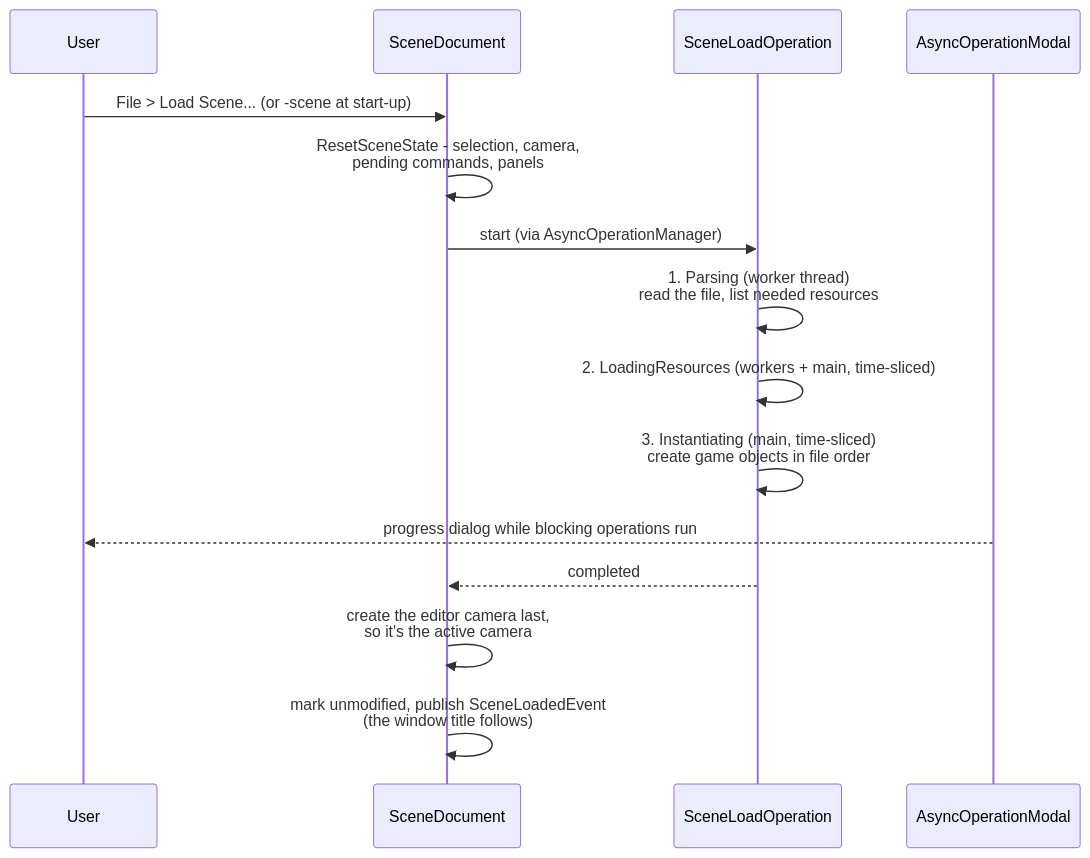
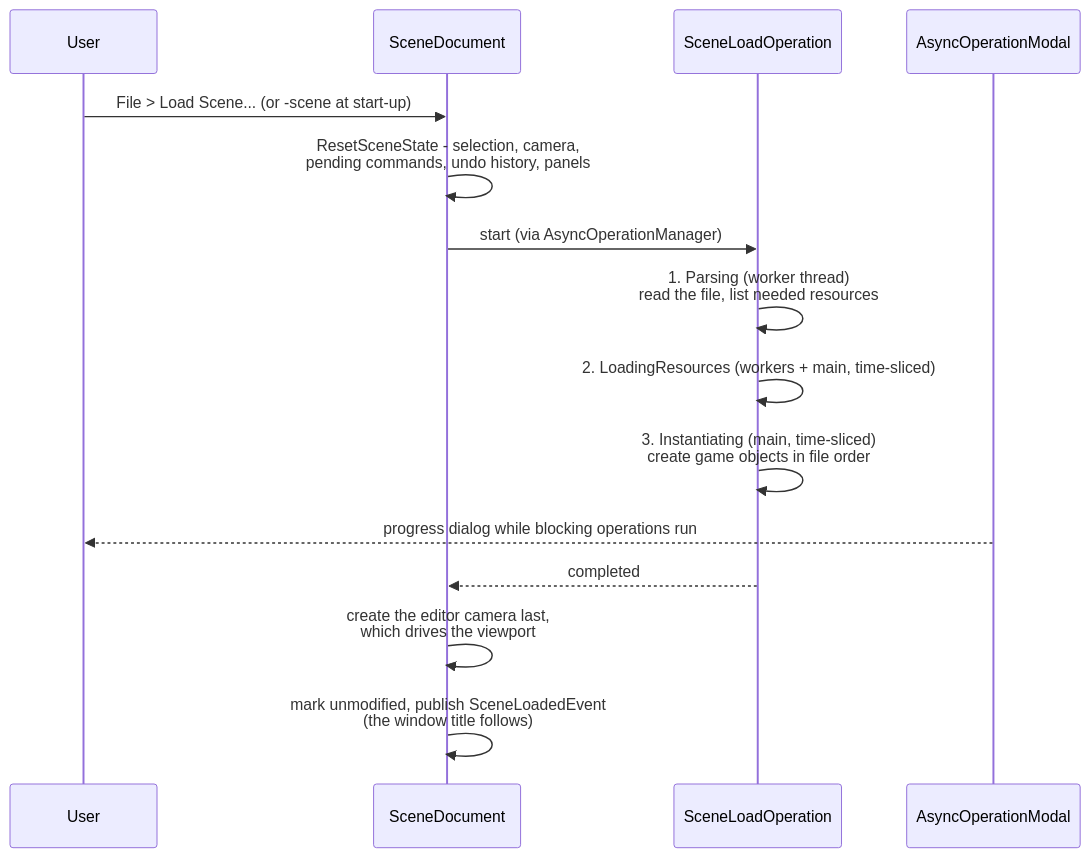
Before and after one commit to b1nary0/RZE: the second of 3 diagrams in Docs/Generated/Engine/07-Editor/Editor-Overview.md, drawn with Mermaid. The commit also changed other lines of this file and 19 other files, not shown here.

````diff
--- a/Docs/Generated/Engine/07-Editor/Editor-Overview.md
+++ b/Docs/Generated/Engine/07-Editor/Editor-Overview.md
@@ -64,18 +65,18 @@
 ```mermaid
 %%{init: {'flowchart': {'subGraphTitleMargin': {'top': 6, 'bottom': 10}}, 'themeCSS': '.labelBkg, .edgeLabel { background-color: var(--background-primary) !important; } .messageText, .labelText, .loopText { paint-order: stroke; stroke: var(--background-primary); stroke-width: 5px; stroke-linejoin: round; }'}}%%
 sequenceDiagram
     participant User
     participant App as SceneDocument
     participant Op as SceneLoadOperation
     participant Modal as AsyncOperationModal
     User->>App: File > Load Scene... (or -scene at start-up)
-    App->>App: ResetSceneState - selection, camera,<br/>pending commands, panels
+    App->>App: ResetSceneState - selection, camera,<br/>pending commands, undo history, panels
     App->>Op: start (via AsyncOperationManager)
     Op->>Op: 1. Parsing (worker thread)<br/>read the file, list needed resources
     Op->>Op: 2. LoadingResources (workers + main, time-sliced)
     Op->>Op: 3. Instantiating (main, time-sliced)<br/>create game objects in file order
     Modal-->>User: progress dialog while blocking operations run
     Op-->>App: completed
-    App->>App: create the editor camera last,<br/>so it's the active camera
+    App->>App: create the editor camera last,<br/>which drives the viewport
     App->>App: mark unmodified, publish SceneLoadedEvent<br/>(the window title follows)
 ```
````
